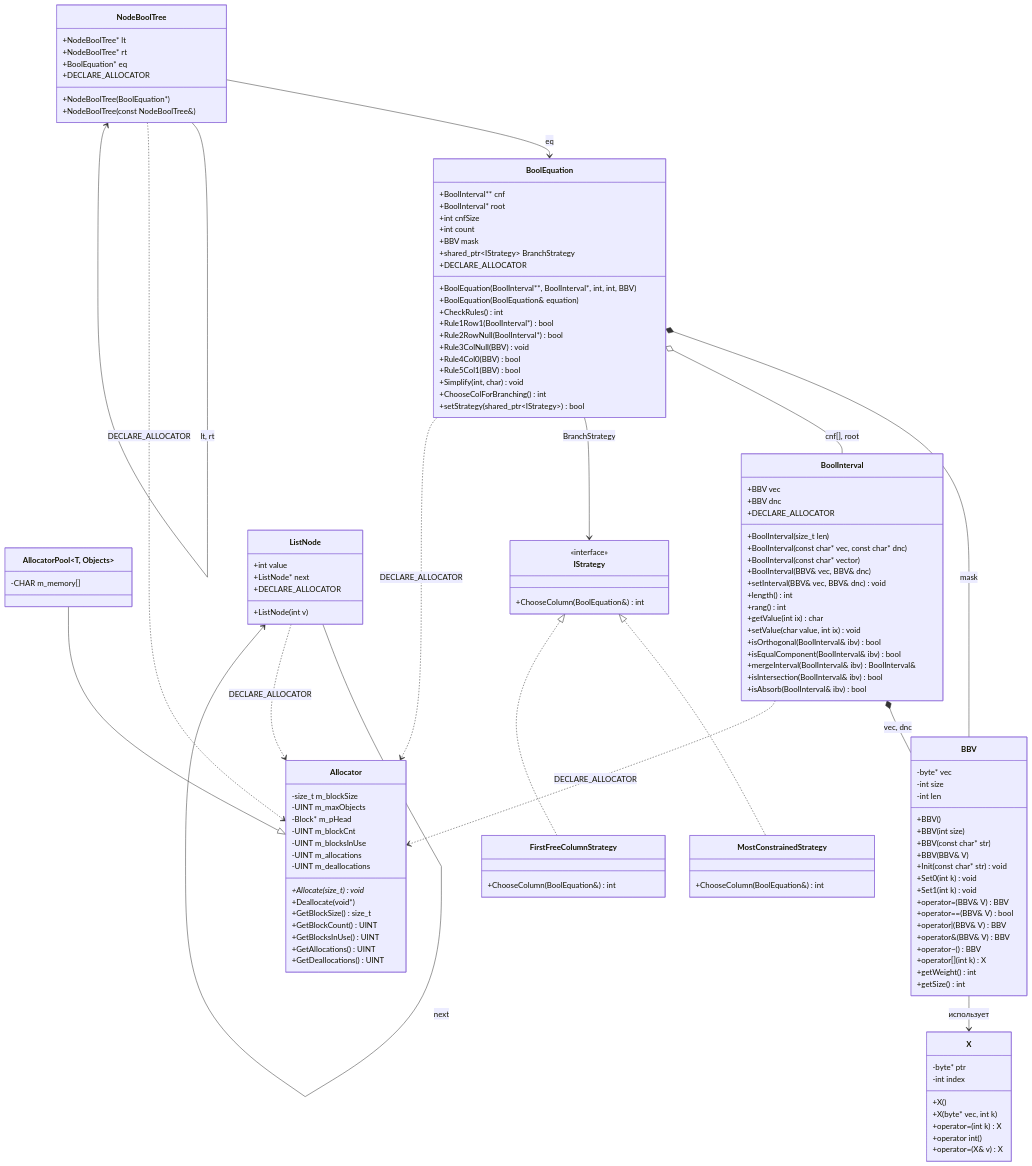
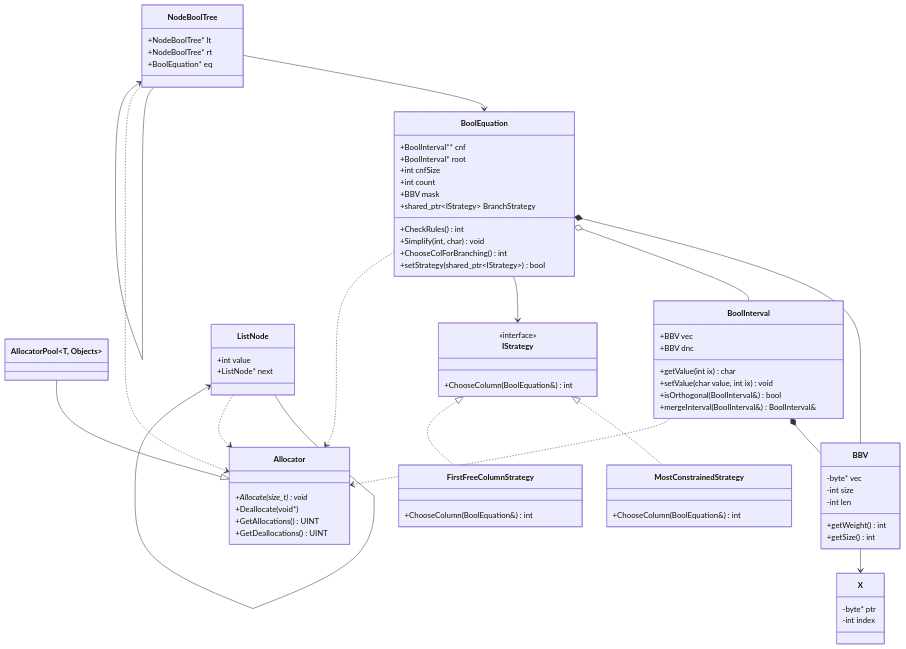
Before and after one commit to ytochkaa/integration_of_the_memory_allocation_mechanism: the diagram in README.md, drawn with Mermaid.

Commit message:
docs: упрощена UML-диаграмма

````diff
--- a/README.md
+++ b/README.md
@@ -9,53 +9,23 @@
 ```mermaid
 classDiagram
     class Allocator {
-        -size_t m_blockSize
-        -UINT m_maxObjects
-        -Block* m_pHead
-        -UINT m_blockCnt
-        -UINT m_blocksInUse
-        -UINT m_allocations
-        -UINT m_deallocations
         +Allocate(size_t) void*
         +Deallocate(void*)
-        +GetBlockSize() size_t
-        +GetBlockCount() UINT
-        +GetBlocksInUse() UINT
         +GetAllocations() UINT
         +GetDeallocations() UINT
     }
 
-    class AllocatorPool~T, Objects~ {
-        -CHAR m_memory[]
-    }
+    class AllocatorPool~T, Objects~
 
     class X {
         -byte* ptr
         -int index
-        +X()
-        +X(byte* vec, int k)
-        +operator=(int k) X
-        +operator int()
-        +operator=(X& v) X
     }
 
     class BBV {
         -byte* vec
         -int size
         -int len
-        +BBV()
-        +BBV(int size)
-        +BBV(const char* str)
-        +BBV(BBV& V)
-        +Init(const char* str) void
-        +Set0(int k) void
-        +Set1(int k) void
-        +operator=(BBV& V) BBV
-        +operator==(BBV& V) bool
-        +operator|(BBV& V) BBV
-        +operator&(BBV& V) BBV
-        +operator~() BBV
-        +operator[](int k) X
         +getWeight() int
         +getSize() int
     }
@@ -63,21 +33,10 @@
     class BoolInterval {
         +BBV vec
         +BBV dnc
-        +BoolInterval(size_t len)
-        +BoolInterval(const char* vec, const char* dnc)
-        +BoolInterval(const char* vector)
-        +BoolInterval(BBV& vec, BBV& dnc)
-        +setInterval(BBV& vec, BBV& dnc) void
-        +length() int
-        +rang() int
         +getValue(int ix) char
         +setValue(char value, int ix) void
-        +isOrthogonal(BoolInterval& ibv) bool
-        +isEqualComponent(BoolInterval& ibv) bool
-        +mergeInterval(BoolInterval& ibv) BoolInterval&
-        +isIntersection(BoolInterval& ibv) bool
-        +isAbsorb(BoolInterval& ibv) bool
-        +DECLARE_ALLOCATOR
+        +isOrthogonal(BoolInterval&) bool
+        +mergeInterval(BoolInterval&) BoolInterval&
     }
 
     class BoolEquation {
@@ -87,18 +46,10 @@
         +int count
         +BBV mask
         +shared_ptr~IStrategy~ BranchStrategy
-        +BoolEquation(BoolInterval**, BoolInterval*, int, int, BBV)
-        +BoolEquation(BoolEquation& equation)
         +CheckRules() int
-        +Rule1Row1(BoolInterval*) bool
-        +Rule2RowNull(BoolInterval*) bool
-        +Rule3ColNull(BBV) void
-        +Rule4Col0(BBV) bool
-        +Rule5Col1(BBV) bool
         +Simplify(int, char) void
         +ChooseColForBranching() int
         +setStrategy(shared_ptr~IStrategy~) bool
-        +DECLARE_ALLOCATOR
     }
 
     class IStrategy {
@@ -118,33 +69,28 @@
         +NodeBoolTree* lt
         +NodeBoolTree* rt
         +BoolEquation* eq
-        +NodeBoolTree(BoolEquation*)
-        +NodeBoolTree(const NodeBoolTree&)
-        +DECLARE_ALLOCATOR
     }
 
     class ListNode {
         +int value
         +ListNode* next
-        +ListNode(int v)
-        +DECLARE_ALLOCATOR
     }
 
     AllocatorPool --|> Allocator
     IStrategy <|.. MostConstrainedStrategy
     IStrategy <|.. FirstFreeColumnStrategy
 
-    BBV --> X : использует
-    BoolInterval *-- BBV : vec, dnc
-    BoolEquation *-- BBV : mask
-    BoolEquation o-- BoolInterval : cnf[], root
-    BoolEquation --> IStrategy : BranchStrategy
-    NodeBoolTree --> BoolEquation : eq
-    NodeBoolTree --> NodeBoolTree : lt, rt
-    ListNode --> ListNode : next
+    BBV --> X
+    BoolInterval *-- BBV
+    BoolEquation *-- BBV
+    BoolEquation o-- BoolInterval
+    BoolEquation --> IStrategy
+    NodeBoolTree --> BoolEquation
+    NodeBoolTree --> NodeBoolTree
+    ListNode --> ListNode
 
-    BoolInterval ..> Allocator : DECLARE_ALLOCATOR
-    BoolEquation ..> Allocator : DECLARE_ALLOCATOR
-    NodeBoolTree ..> Allocator : DECLARE_ALLOCATOR
-    ListNode ..> Allocator : DECLARE_ALLOCATOR
+    BoolInterval ..> Allocator
+    BoolEquation ..> Allocator
+    NodeBoolTree ..> Allocator
+    ListNode ..> Allocator
 ```
````
